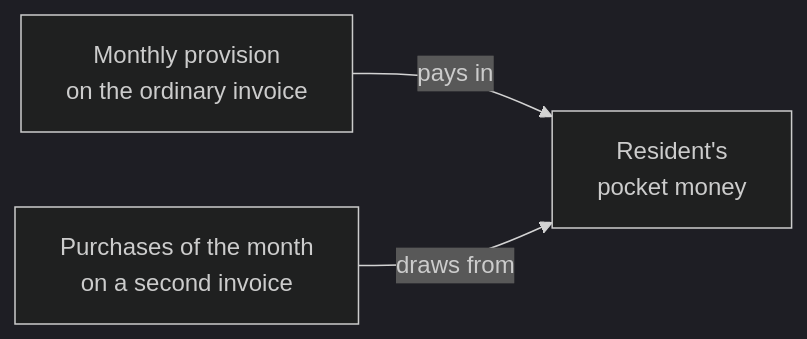
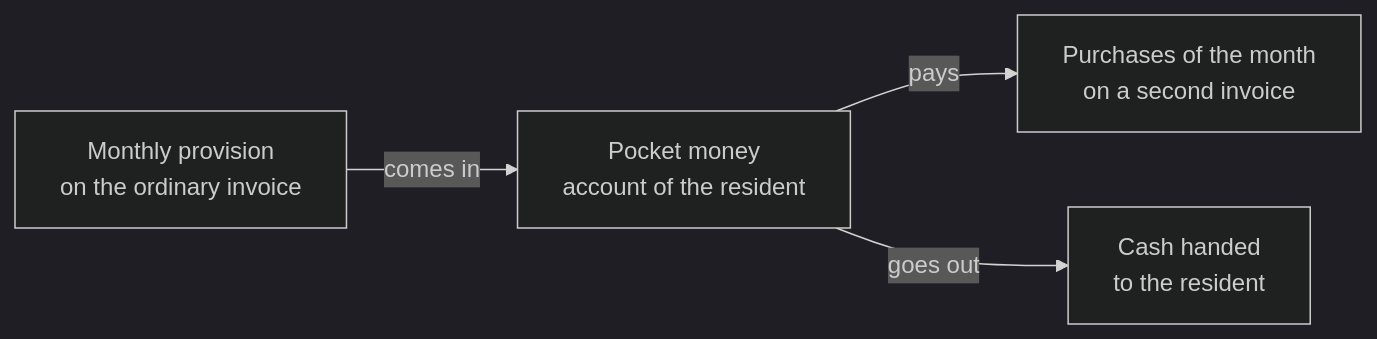
Before and after one commit to lplg-europe/resthome-documentation: the diagram in content/argent-de-poche/index.md, drawn with Mermaid (dark theme). The commit also changed other lines of this file and 505 other files, not shown here.

````diff
--- a/content/argent-de-poche/index.md
+++ b/content/argent-de-poche/index.md
@@ -48,5 +51,6 @@
 ```mermaid
 graph LR
-  A[Monthly provision<br/>on the ordinary invoice] -->|pays in| B[Resident's<br/>pocket money]
-  C[Purchases of the month<br/>on a second invoice] -->|draws from| B
+  A[Monthly provision<br/>on the ordinary invoice] -->|comes in| B[Pocket money<br/>account of the resident]
+  B -->|pays| C[Purchases of the month<br/>on a second invoice]
+  B -->|goes out| D[Cash handed<br/>to the resident]
 ```
````
